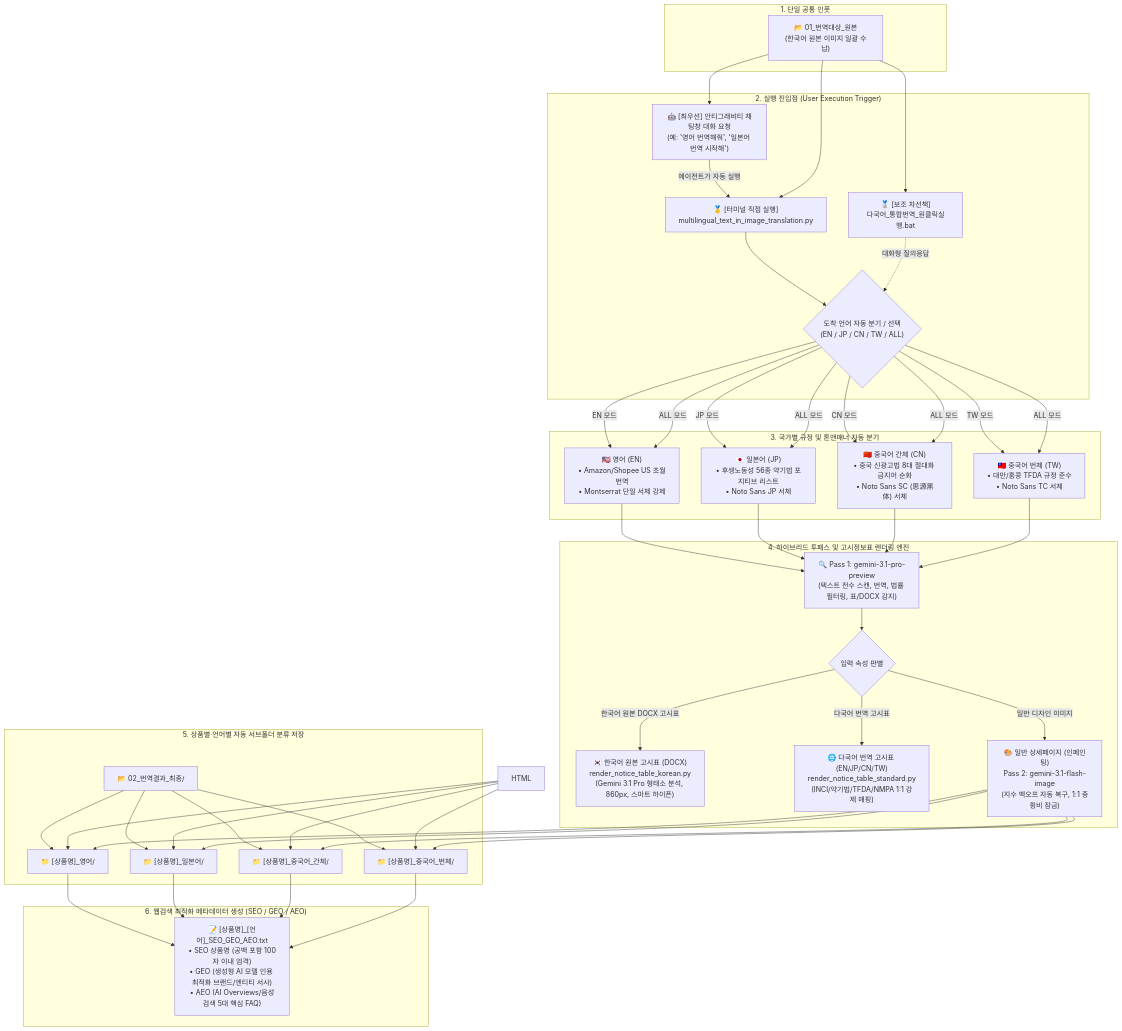
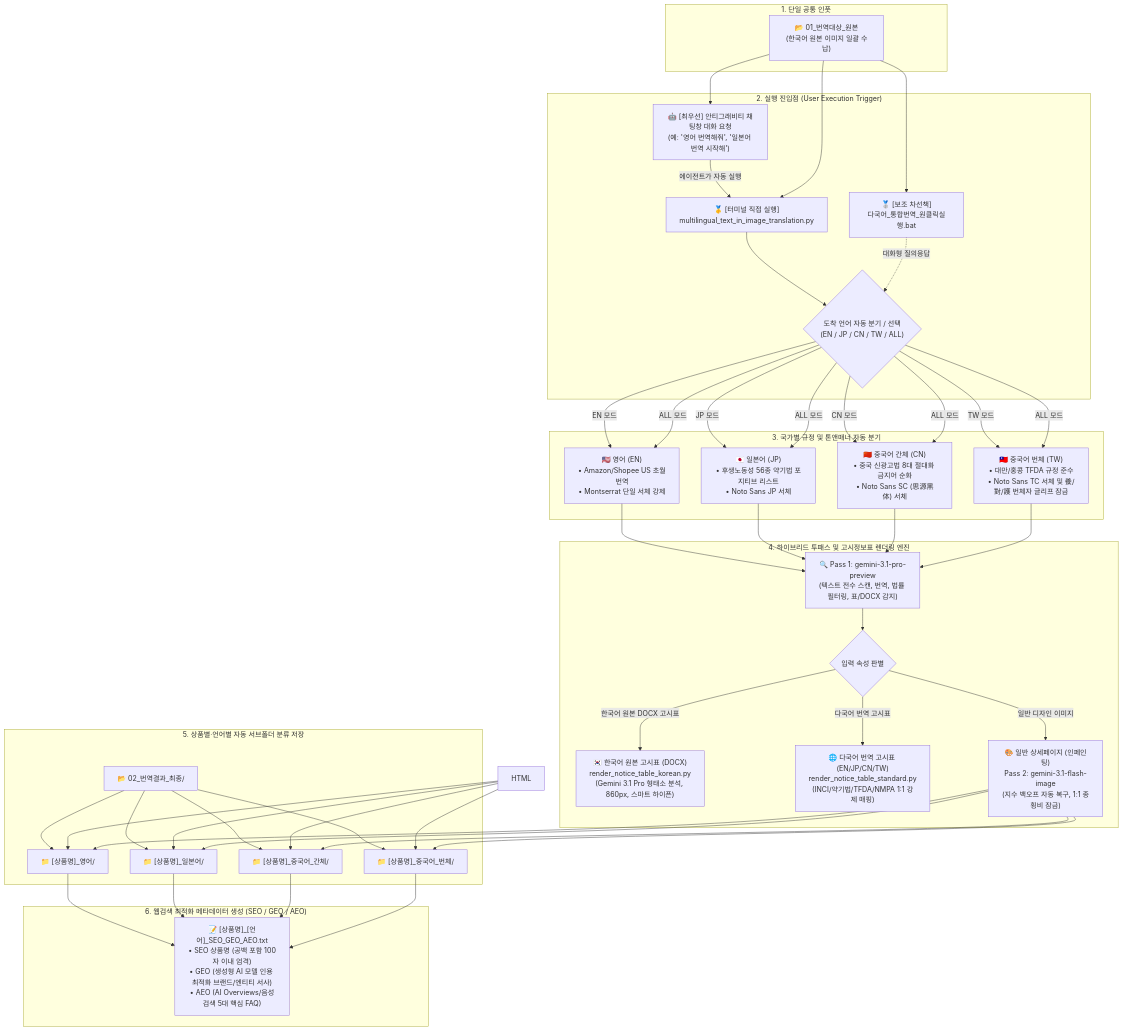
Before and after one commit to euntaewoo/PANDORA: the diagram in multilingual_text_in_image_translation/README.md, drawn with Mermaid. The commit also changed 5 other files, not shown here.

````diff
--- a/multilingual_text_in_image_translation/README.md
+++ b/multilingual_text_in_image_translation/README.md
@@ -16,62 +16,62 @@
 ```mermaid
 flowchart TD
     subgraph S1["1. 단일 공통 인풋"]
         IN["📂 01_번역대상_원본<br/>(한국어 원본 이미지 일괄 수납)"]
     end
 
     subgraph S2["2. 실행 진입점 (User Execution Trigger)"]
         AGENT["🤖 [최우선] 안티그래비티 채팅창 대화 요청<br/>(예: '영어 번역해줘', '일본어 번역 시작해')"]
         P_MAIN["🥇 [터미널 직접 실행]<br/>multilingual_text_in_image_translation.py"]
         BAT_SUB["🥈 [보조 차선책]<br/>다국어_통합번역_원클릭실행.bat"]
         
         AGENT -->|에이전트가 자동 실행| P_MAIN
         P_MAIN --> PROMPT{"도착 언어 자동 분기 / 선택<br/>(EN / JP / CN / TW / ALL)"}
         BAT_SUB -.->|대화형 질의응답| PROMPT
     end
 
     subgraph S3["3. 국가별 규정 및 톤앤매너 자동 분기"]
         EN["🇺🇸 영어 (EN)<br/>• Amazon/Shopee US 초월번역<br/>• Montserrat 단일 서체 강제"]
         JP["🇯🇵 일본어 (JP)<br/>• 후생노동성 56종 약기법 포지티브 리스트<br/>• Noto Sans JP 서체"]
         CN["🇨🇳 중국어 간체 (CN)<br/>• 중국 신광고법 8대 절대화 금지어 순화<br/>• Noto Sans SC (思源黑体) 서체"]
-        TW["🇹🇼 중국어 번체 (TW)<br/>• 대만/홍콩 TFDA 규정 준수<br/>• Noto Sans TC 서체"]
+        TW["🇹🇼 중국어 번체 (TW)<br/>• 대만/홍콩 TFDA 규정 준수<br/>• Noto Sans TC 서체 및 養/對/護 번체자 글리프 잠금"]
     end
 
     subgraph S4["4. 하이브리드 투패스 및 고시정보표 렌더링 엔진"]
         P1["🔍 Pass 1: gemini-3.1-pro-preview<br/>(텍스트 전수 스캔, 번역, 법률 필터링, 표/DOCX 감지)"]
         DECIDE{"입력 속성 판별"}
         
         HTML_KR["🇰🇷 한국어 원본 고시표 (DOCX)<br/>render_notice_table_korean.py<br/>(Gemini 3.1 Pro 형태소 분석, 860px, 스마트 하이픈)"]
         HTML_MULTI["🌐 다국어 번역 고시표 (EN/JP/CN/TW)<br/>render_notice_table_standard.py<br/>(INCI/약기법/TFDA/NMPA 1:1 강제 매핑)"]
         P2["🎨 일반 상세페이지 (인페인팅)<br/>Pass 2: gemini-3.1-flash-image<br/>(지수 백오프 자동 복구, 1:1 종횡비 잠금)"]
         
         P1 --> DECIDE
         DECIDE -->|한국어 원본 DOCX 고시표| HTML_KR
         DECIDE -->|다국어 번역 고시표| HTML_MULTI
         DECIDE -->|일반 디자인 이미지| P2
     end
 
     subgraph S5["5. 상품별·언어별 자동 서브폴더 분류 저장"]
         OUT["📂 02_번역결과_최종/"]
         OUT1["📁 [상품명]_영어/"]
         OUT2["📁 [상품명]_일본어/"]
         OUT3["📁 [상품명]_중국어_간체/"]
         OUT4["📁 [상품명]_중국어_번체/"]
         
         OUT --> OUT1 & OUT2 & OUT3 & OUT4
     end
 
     subgraph S6["6. 웹검색 최적화 메타데이터 생성 (SEO / GEO / AEO)"]
         TXT["📝 [상품명]_[언어]_SEO_GEO_AEO.txt<br/>• SEO 상품명 (공백 포함 100자 이내 엄격)<br/>• GEO (생성형 AI 모델 인용 최적화 브랜드/엔티티 서사)<br/>• AEO (AI Overviews/음성검색 5대 핵심 FAQ)"]
         OUT1 & OUT2 & OUT3 & OUT4 --> TXT
     end
 
     IN --> AGENT & P_MAIN & BAT_SUB
     PROMPT -->|EN 모드| EN
     PROMPT -->|JP 모드| JP
     PROMPT -->|CN 모드| CN
     PROMPT -->|TW 모드| TW
     PROMPT -->|ALL 모드| EN & JP & CN & TW
 
     EN & JP & CN & TW --> P1
     HTML & P2 --> OUT1 & OUT2 & OUT3 & OUT4
 ```
````
